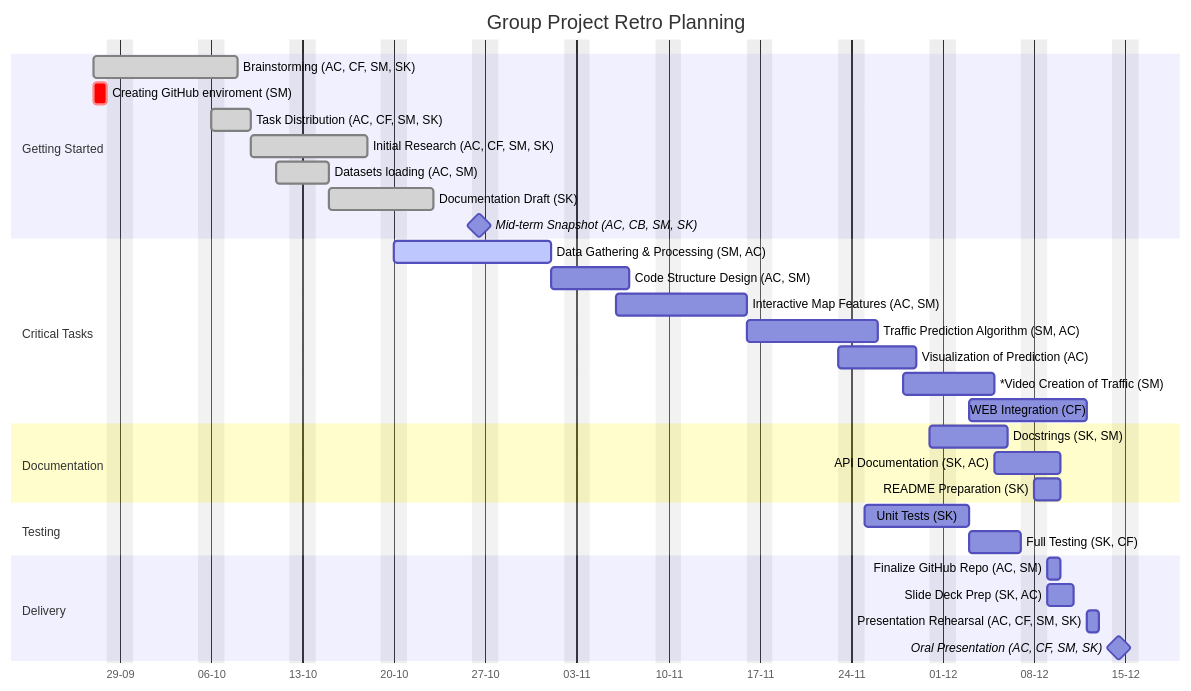
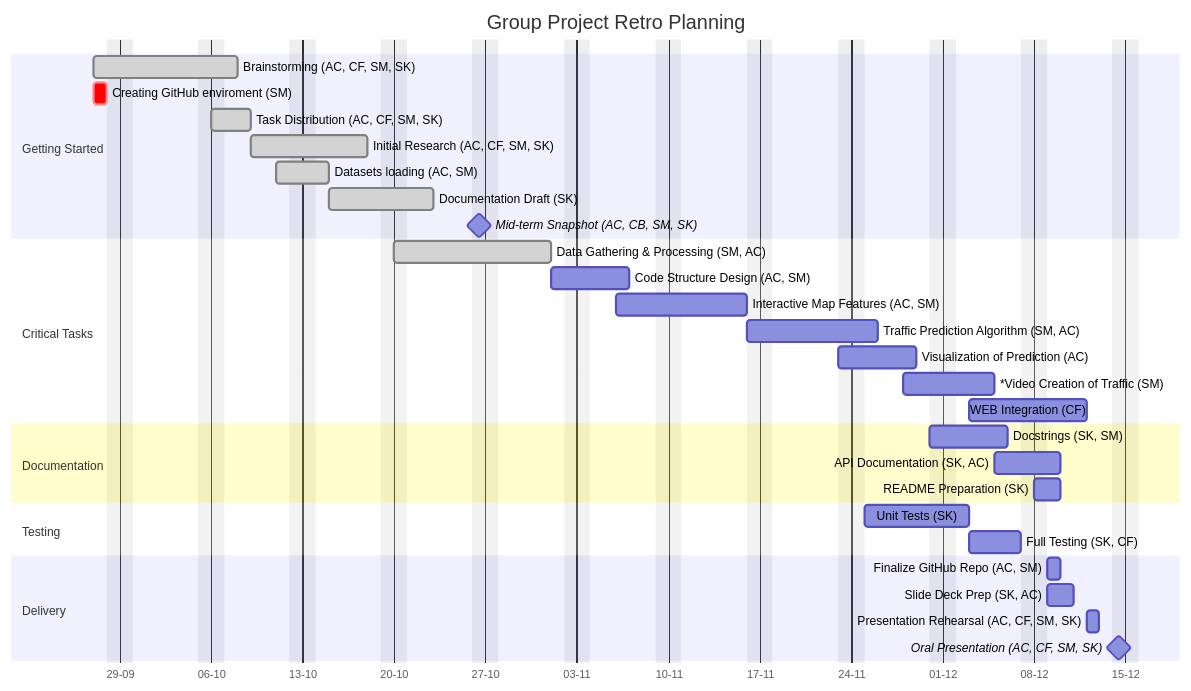
One commit to mscaia/PROJ_HAX712X changed the diagram in roadmap/README.md. Above: the diagram before and after it, drawn with Mermaid.

Commit message:
Upd ## Gantt diagram

````diff
--- a/roadmap/README.md
+++ b/roadmap/README.md
@@ -33,42 +33,42 @@
 ```mermaid
 %%{init: {'themeVariables': {'taskTextColor': '#000000'}}}%%
 gantt
     title Group Project Retro Planning
     dateFormat  YYYY-MM-DD
     axisFormat  %d-%m
     excludes weekends
 
     section Getting Started
     Brainstorming (AC, CF, SM, SK): done, 2024-09-27, 7d
     Creating GitHub enviroment (SM) : crit, 2024-09-27, 1d
     Task Distribution (AC, CF, SM, SK): done, 2024-10-06, 3d
     Initial Research (AC, CF, SM, SK): done, 2024-10-09, 7d
     Datasets loading (AC, SM): done, 2024-10-11, 2d
     Documentation Draft (SK): done, 2024-10-15, 6d
 
     Mid-term Snapshot (AC, CB, SM, SK) :milestone, 2024-10-25, 1d
 
 		section Critical Tasks
-		Data Gathering & Processing (SM, AC) : active, 2024-10-20, 10d
+		Data Gathering & Processing (SM, AC) : done, 2024-10-20, 10d
 		Code Structure Design (AC, SM) : 2024-11-01, 4d
 		Interactive Map Features (AC, SM) : 2024-11-06, 8d
 		Traffic Prediction Algorithm (SM, AC) : 2024-11-16, 7d
 		Visualization of Prediction (AC) : 2024-11-23, 5d
 		*Video Creation of Traffic (SM) : 2024-11-28, 5d
 		WEB Integration (CF) : 2024-12-03, 7d
 
 		section Documentation
 		Docstrings (SK, SM) : 2024-11-30, 5d
 		API Documentation (SK, AC) : 2024-12-05, 3d
 		README Preparation (SK) : 2024-12-08, 2d
 
 		section Testing
     Unit Tests (SK) : 2024-11-25, 6d
 		Full Testing (SK, CF) : 2024-12-03, 4d
   
  		section Delivery
     Finalize GitHub Repo (AC, SM) :2024-12-09, 1d
     Slide Deck Prep (SK, AC):2024-12-09, 2d
     Presentation Rehearsal (AC, CF, SM, SK):2024-12-12, 1d
     Oral Presentation (AC, CF, SM, SK):milestone, 2024-12-13, 1d
 ```
````
